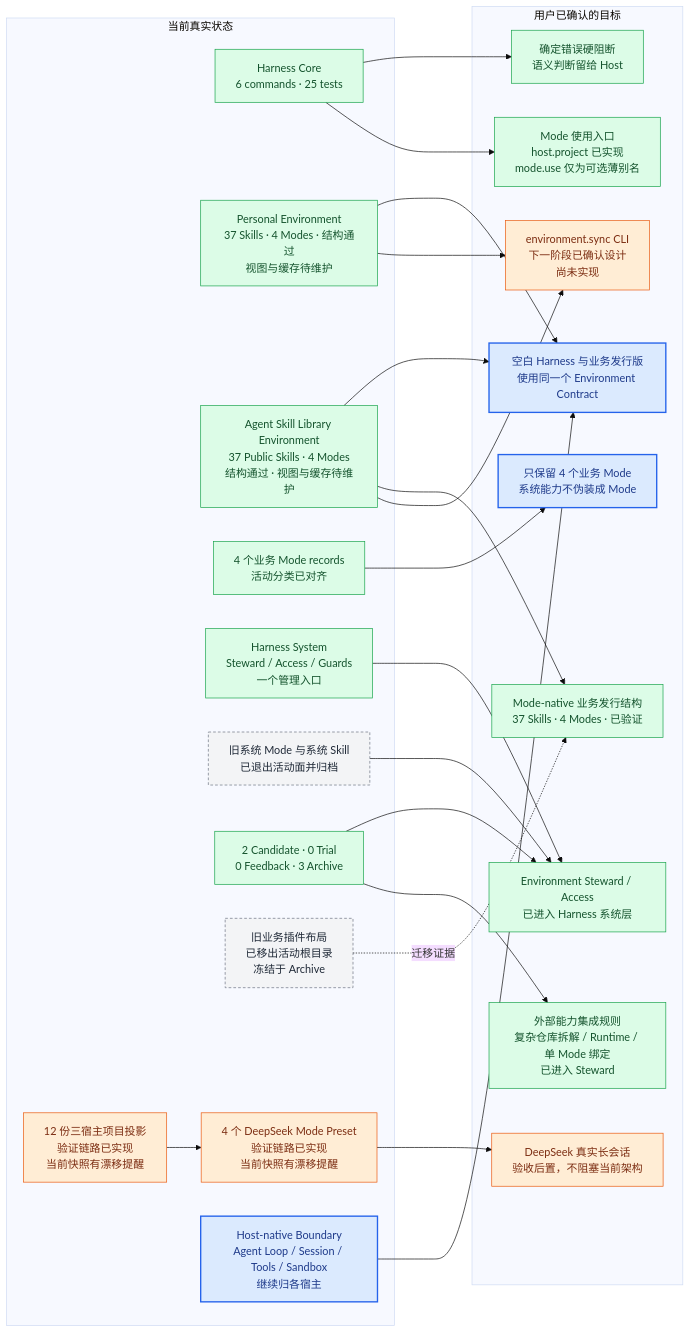
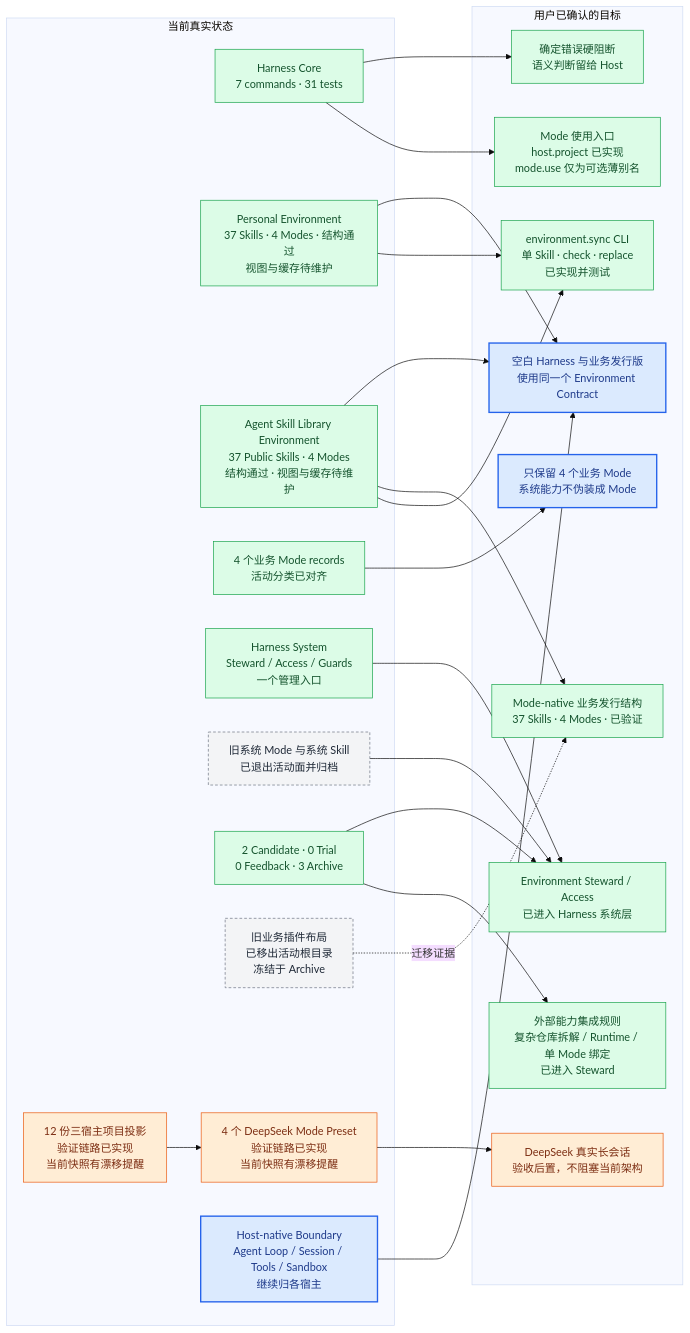
Diagram 15 of 15 in docs/asl-architecture-views.md (qihangzhang-272/asl-harness), drawn with Mermaid (base theme) before and after one commit. The commit also changed other lines of this file and 4 other files, not shown here.

````diff
--- a/docs/asl-architecture-views.md
+++ b/docs/asl-architecture-views.md
@@ -970,55 +970,55 @@
 ```mermaid
 flowchart LR
     subgraph CURRENT["当前真实状态"]
-        HCORE["Harness Core<br/>6 commands · 25 tests"]
+        HCORE["Harness Core<br/>7 commands · 31 tests"]
         PENV["Personal Environment<br/>37 Skills · 4 Modes · 结构通过<br/>视图与缓存待维护"]
         ALIB["Agent Skill Library Environment<br/>37 Public Skills · 4 Modes<br/>结构通过 · 视图与缓存待维护"]
         BUSINESS["4 个业务 Mode records<br/>活动分类已对齐"]
         SYSTEM["Harness System<br/>Steward / Access / Guards<br/>一个管理入口"]
         ARCHIVED["旧系统 Mode 与系统 Skill<br/>已退出活动面并归档"]
         CULT["2 Candidate · 0 Trial<br/>0 Feedback · 3 Archive"]
         LEGACY["旧业务插件布局<br/>已移出活动根目录<br/>冻结于 Archive"]
         PROJECTS["12 份三宿主项目投影<br/>验证链路已实现<br/>当前快照有漂移提醒"]
         PRESETS["4 个 DeepSeek Mode Preset<br/>验证链路已实现<br/>当前快照有漂移提醒"]
         NATIVE["Host-native Boundary<br/>Agent Loop / Session / Tools / Sandbox<br/>继续归各宿主"]
     end
 
     subgraph TARGET["用户已确认的目标"]
         CONTRACT["空白 Harness 与业务发行版<br/>使用同一个 Environment Contract"]
         FOUR["只保留 4 个业务 Mode<br/>系统能力不伪装成 Mode"]
         STEWARD["Environment Steward / Access<br/>已进入 Harness 系统层"]
         INTEGRATE["外部能力集成规则<br/>复杂仓库拆解 / Runtime / 单 Mode 绑定<br/>已进入 Steward"]
         GUARDS["确定错误硬阻断<br/>语义判断留给 Host"]
         MODE_NATIVE["Mode-native 业务发行结构<br/>37 Skills · 4 Modes · 已验证"]
-        SYNC_CLI["environment.sync CLI<br/>下一阶段已确认设计<br/>尚未实现"]
+        SYNC_CLI["environment.sync CLI<br/>单 Skill · check · replace<br/>已实现并测试"]
         MODE_UX["Mode 使用入口<br/>host.project 已实现<br/>mode.use 仅为可选薄别名"]
         DSH_RUNTIME["DeepSeek 真实长会话<br/>验收后置，不阻塞当前架构"]
     end
 
     HCORE --> GUARDS
     PENV --> CONTRACT
     ALIB --> CONTRACT
     ALIB --> MODE_NATIVE
     BUSINESS --> FOUR
     SYSTEM --> STEWARD
     ARCHIVED --> STEWARD
     CULT --> STEWARD
     CULT --> INTEGRATE
     LEGACY -.迁移证据.-> MODE_NATIVE
     PROJECTS --> PRESETS
     PRESETS --> DSH_RUNTIME
     NATIVE --> CONTRACT
     ALIB --> SYNC_CLI
     PENV --> SYNC_CLI
     HCORE --> MODE_UX
 
     classDef locked fill:#dbeafe,stroke:#2563eb,color:#1e3a8a,stroke-width:2px;
     classDef done fill:#dcfce7,stroke:#16a34a,color:#14532d;
     classDef optimize fill:#ffedd5,stroke:#ea580c,color:#7c2d12;
     classDef remove fill:#fee2e2,stroke:#dc2626,color:#7f1d1d,stroke-width:2px;
     classDef generated fill:#f3f4f6,stroke:#6b7280,color:#1f2937,stroke-dasharray:4 3;
-    class HCORE,PENV,ALIB,BUSINESS,SYSTEM,CULT,STEWARD,GUARDS,INTEGRATE,MODE_NATIVE,MODE_UX done;
-    class SYNC_CLI,DSH_RUNTIME,PROJECTS,PRESETS optimize;
+    class HCORE,PENV,ALIB,BUSINESS,SYSTEM,CULT,STEWARD,GUARDS,INTEGRATE,MODE_NATIVE,SYNC_CLI,MODE_UX done;
+    class DSH_RUNTIME,PROJECTS,PRESETS optimize;
     class LEGACY,ARCHIVED generated;
     class CONTRACT,FOUR,NATIVE locked;
 ```
````
